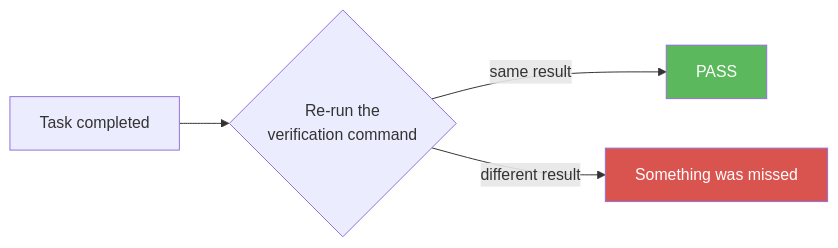
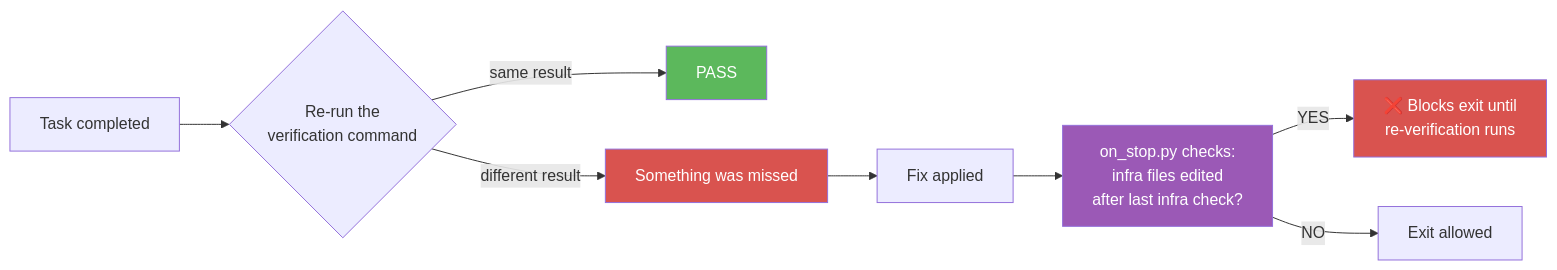
Before and after one commit to dexmaddy/agentic-ai-tiered-startup: the diagram in docs/reference/self-verification.md, drawn with Mermaid. The commit also changed other lines of this file and 9 other files, not shown here.

````diff
--- a/docs/reference/self-verification.md
+++ b/docs/reference/self-verification.md
@@ -29,9 +29,15 @@
 ```mermaid
 graph LR
     A["Task completed"] --> B{"Re-run the<br/>verification command"}
     B -->|same result| C["PASS"]
     B -->|different result| D["Something was missed"]
+    D --> E["Fix applied"]
+    E --> F["on_stop.py checks:<br/>infra files edited<br/>after last infra check?"]
+    F -->|YES| G["❌ Blocks exit until<br/>re-verification runs"]
+    F -->|NO| H["Exit allowed"]
 
     style C fill:#5cb85c,color:#fff
     style D fill:#d9534f,color:#fff
+    style F fill:#9b59b6,color:#fff
+    style G fill:#d9534f,color:#fff
 ```
````
